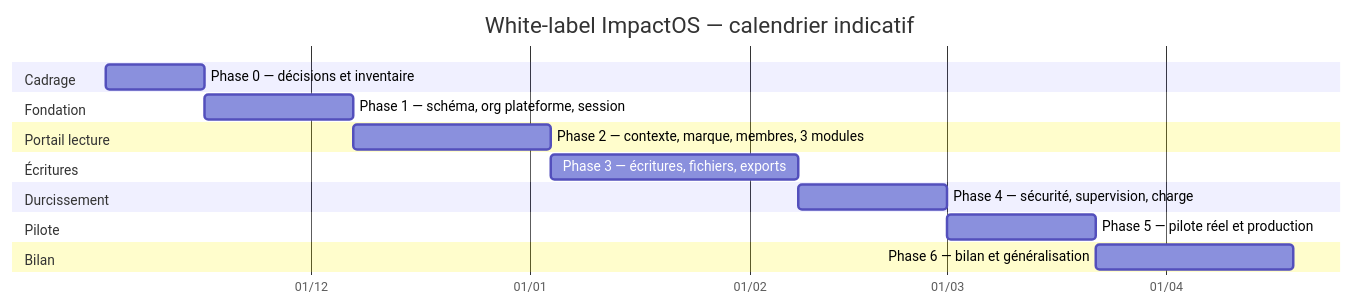
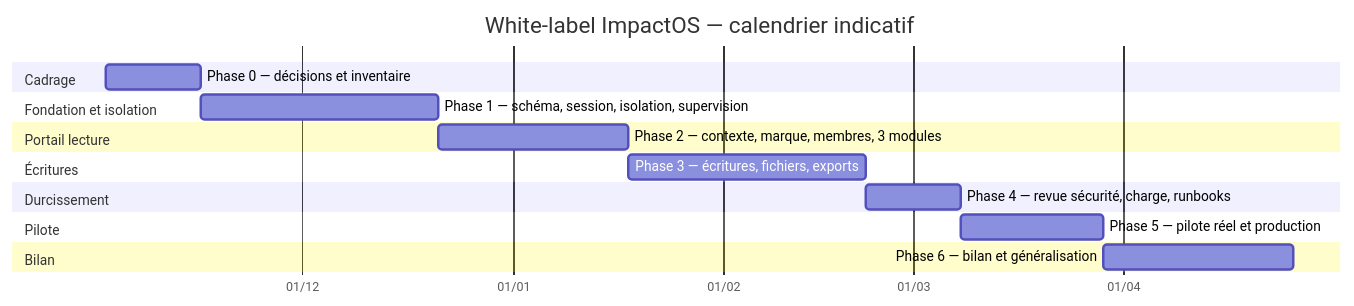
The diagram in docs/WHITE_LABEL_DELIVERY_PLAN.md (FuturestudiointernalOPS/Internal-Incubation-Management-Tracking-System-PWA-), drawn with Mermaid before and after one commit. The commit also changed other lines of this file and 2 other files, not shown here.

First line of the commit message:
docs(white-label): harden internal isolation and history guarantees

````diff
--- a/docs/WHITE_LABEL_DELIVERY_PLAN.md
+++ b/docs/WHITE_LABEL_DELIVERY_PLAN.md
@@ -365,20 +413,20 @@
 ```mermaid
 gantt
     title White-label ImpactOS — calendrier indicatif
     dateFormat  YYYY-MM-DD
     axisFormat  %d/%m
     section Cadrage
     Phase 0 — décisions et inventaire :p0, 2026-11-02, 14d
-    section Fondation
-    Phase 1 — schéma, org plateforme, session :p1, after p0, 21d
+    section Fondation et isolation
+    Phase 1 — schéma, session, isolation, supervision :p1, after p0, 35d
     section Portail lecture
     Phase 2 — contexte, marque, membres, 3 modules :p2, after p1, 28d
     section Écritures
     Phase 3 — écritures, fichiers, exports :p3, after p2, 35d
     section Durcissement
-    Phase 4 — sécurité, supervision, charge :p4, after p3, 21d
+    Phase 4 — revue sécurité, charge, runbooks :p4, after p3, 14d
     section Pilote
     Phase 5 — pilote réel et production :p5, after p4, 21d
     section Bilan
     Phase 6 — bilan et généralisation :p6, after p5, 28d
 ```
````
